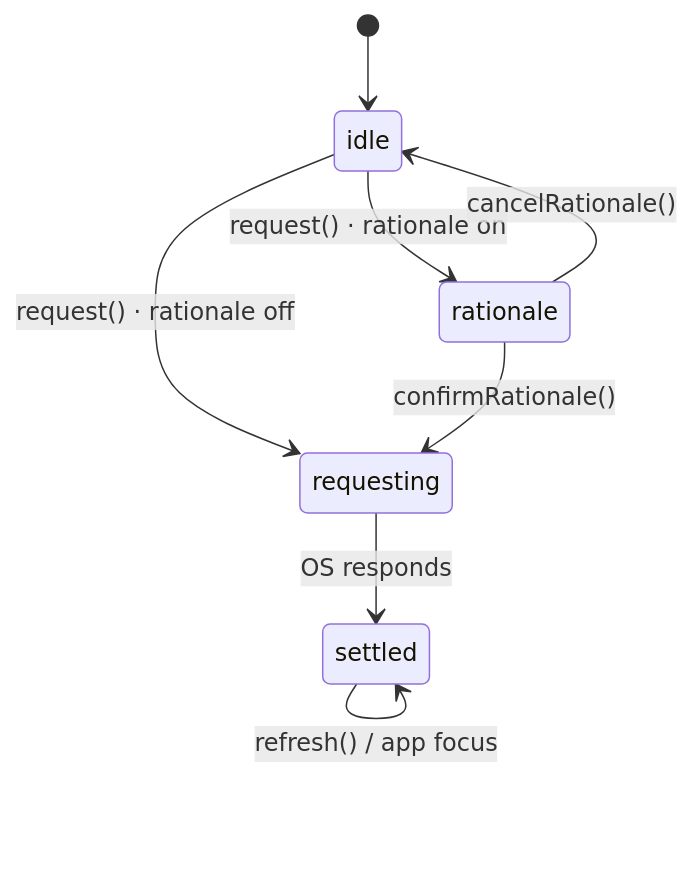
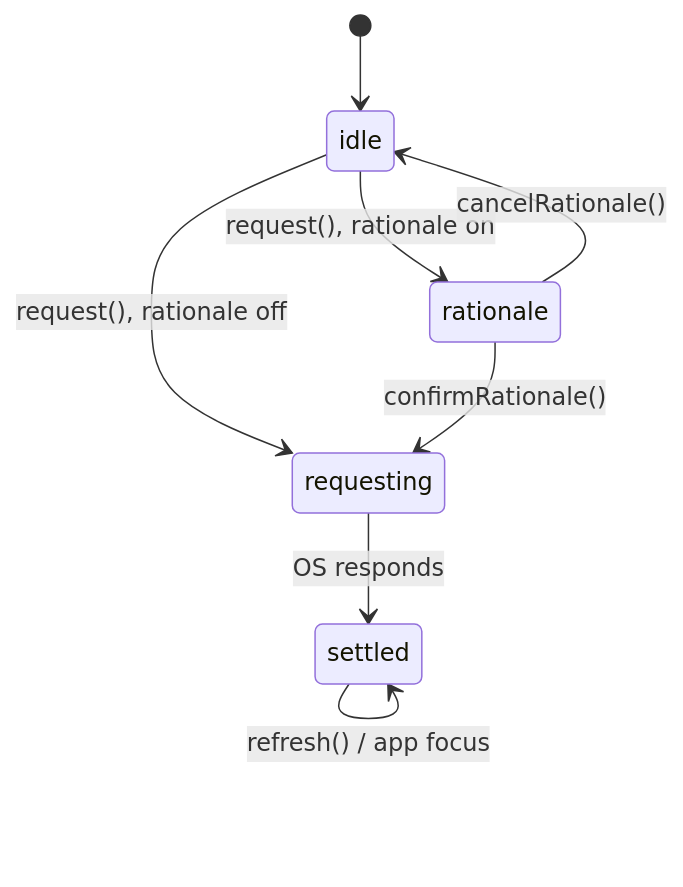
Before and after one commit to cengizemre/react-native-permission-gate: the diagram in README.md, drawn with Mermaid. The commit also changed other lines of this file and 12 other files, not shown here.

````diff
--- a/README.md
+++ b/README.md
@@ -100,10 +100,10 @@
 ```mermaid
 stateDiagram-v2
     [*] --> idle
-    idle --> rationale: request() · rationale on
-    idle --> requesting: request() · rationale off
+    idle --> rationale: request(), rationale on
+    idle --> requesting: request(), rationale off
     rationale --> requesting: confirmRationale()
     rationale --> idle: cancelRationale()
     requesting --> settled: OS responds
     settled --> settled: refresh() / app focus
 ```
````
